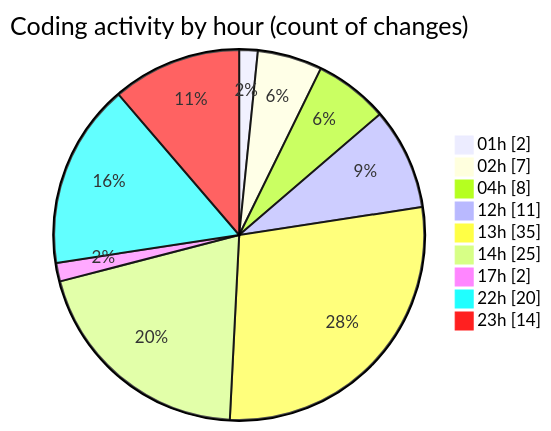
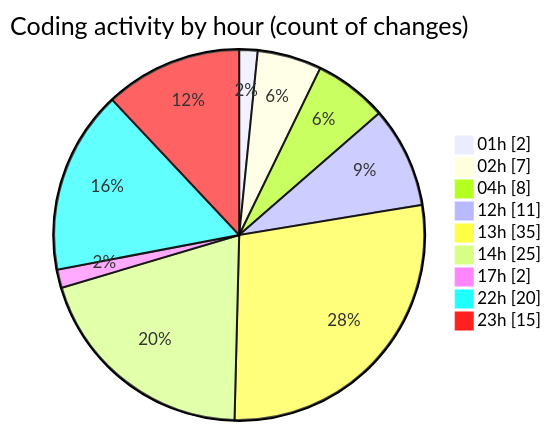
The second of 2 diagrams in 2025-08-11/rentotp/README.md (lephambinh05/code-tracking), drawn with Mermaid before and after one commit. The commit also changed other lines of this file and 1 other file, not shown here.

````diff
--- a/2025-08-11/rentotp/README.md
+++ b/2025-08-11/rentotp/README.md
@@ -47,13 +47,13 @@
 ```mermaid
 pie showData
 title Coding activity by hour (count of changes)
 "01h" : 2
 "02h" : 7
 "04h" : 8
 "12h" : 11
 "13h" : 35
 "14h" : 25
 "17h" : 2
 "22h" : 20
-"23h" : 14
+"23h" : 15
 ```
````
